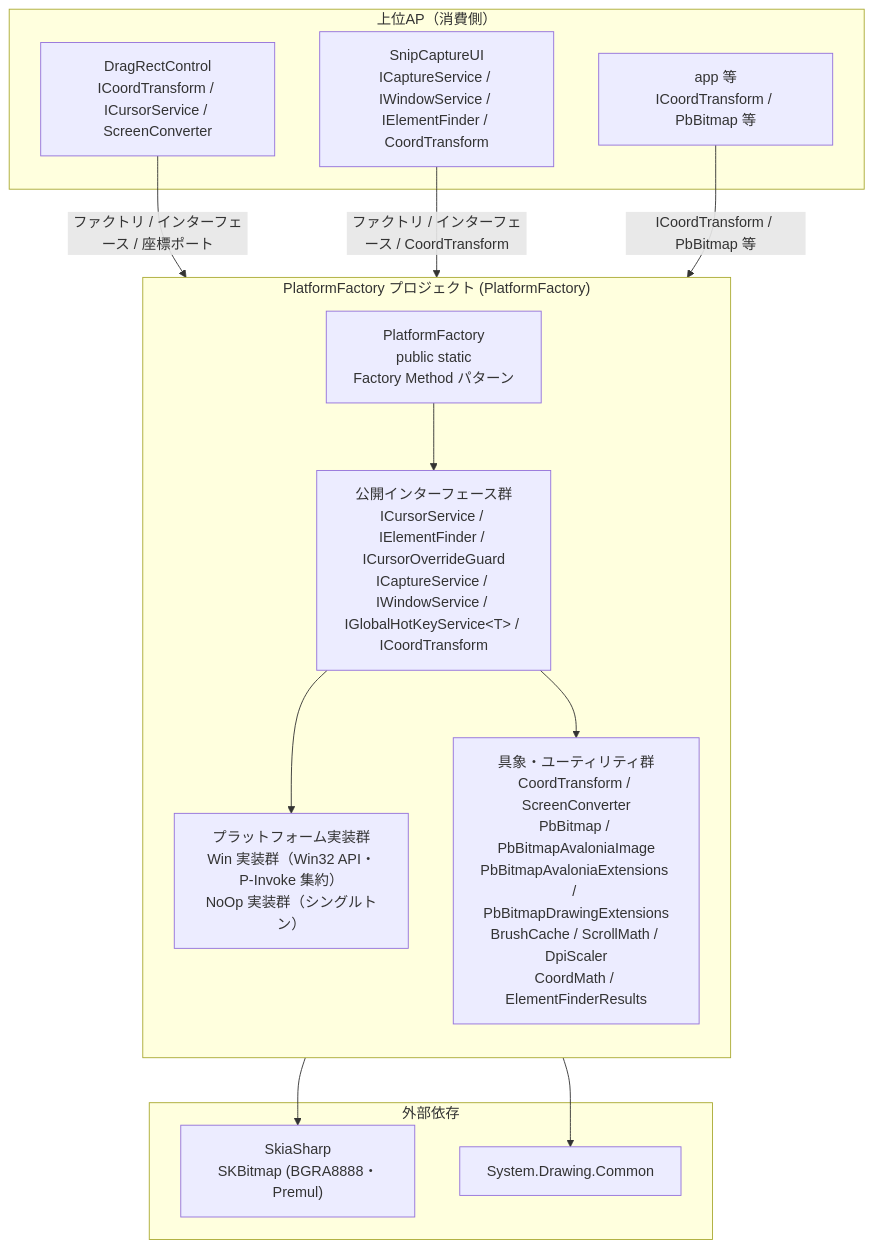
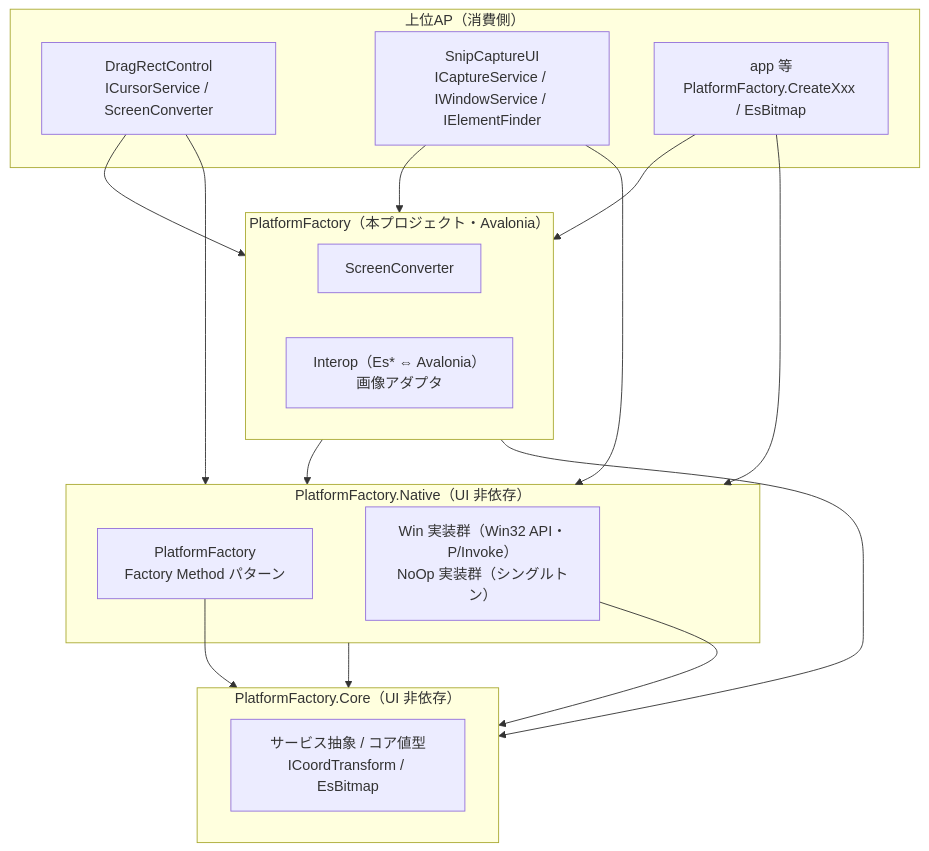
Before and after one commit to tomokuni/SaveEvidence: the diagram in src/PlatformFactory/SPEC_System.md, drawn with Mermaid. The commit also changed other lines of this file and 869 other files, not shown here.

````diff
--- a/src/PlatformFactory/SPEC_System.md
+++ b/src/PlatformFactory/SPEC_System.md
@@ -86,28 +69,31 @@
 ```mermaid
 flowchart TB
     subgraph Host["上位AP（消費側）"]
-        DR["DragRectControl<br/>ICoordTransform / ICursorService / ScreenConverter"]
-        SC["SnipCaptureUI<br/>ICaptureService / IWindowService / IElementFinder / CoordTransform"]
-        AP["app 等<br/>ICoordTransform / PbBitmap 等"]
+        DR["DragRectControl<br/>ICursorService / ScreenConverter"]
+        SC["SnipCaptureUI<br/>ICaptureService / IWindowService / IElementFinder"]
+        AP["app 等<br/>PlatformFactory.CreateXxx / EsBitmap"]
     end
-    subgraph PF["PlatformFactory プロジェクト (PlatformFactory)"]
-        direction TB
-        Fac["PlatformFactory<br/>public static<br/>Factory Method パターン"]
-        Intf["公開インターフェース群<br/>ICursorService / IElementFinder / ICursorOverrideGuard<br/>ICaptureService / IWindowService / IGlobalHotKeyService&lt;T&gt; / ICoordTransform"]
-        Impl["具象・ユーティリティ群<br/>CoordTransform / ScreenConverter<br/>PbBitmap / PbBitmapAvaloniaImage<br/>PbBitmapAvaloniaExtensions / PbBitmapDrawingExtensions<br/>BrushCache / ScrollMath / DpiScaler<br/>CoordMath / ElementFinderResults"]
-        WInp["プラットフォーム実装群<br/>Win 実装群（Win32 API・P-Invoke 集約）<br/>NoOp 実装群（シングルトン）"]
+    subgraph Native["PlatformFactory.Native（UI 非依存）"]
+        Fac["PlatformFactory<br/>Factory Method パターン"]
+        WInp["Win 実装群（Win32 API・P/Invoke）<br/>NoOp 実装群（シングルトン）"]
     end
-    subgraph Dep["外部依存"]
-        Sk["SkiaSharp<br/>SKBitmap (BGRA8888・Premul)"]
-        Sd["System.Drawing.Common"]
+    subgraph PF["PlatformFactory（本プロジェクト・Avalonia）"]
+        Conv["ScreenConverter"]
+        Interop["Interop（Es* ⇔ Avalonia）<br/>画像アダプタ"]
+    end
+    subgraph Core["PlatformFactory.Core（UI 非依存）"]
+        Intf["サービス抽象 / コア値型<br/>ICoordTransform / EsBitmap"]
     end
 
-    DR -->|"ファクトリ / インターフェース / 座標ポート"| Fac
-    SC -->|"ファクトリ / インターフェース / CoordTransform"| Fac
-    AP -->|"ICoordTransform / PbBitmap 等"| Fac
-    Fac --> Intf
-    Intf --> WInp
-    Intf --> Impl
-    Impl --> Sk
-    WInp --> Sd
+    DR --> PF
+    SC --> PF
+    AP --> PF
+    DR --> Native
+    SC --> Native
+    AP --> Native
+    PF --> Native
+    Native --> Core
+    PF --> Core
+    WInp --> Core
+    Fac --> Core
 ```
````
